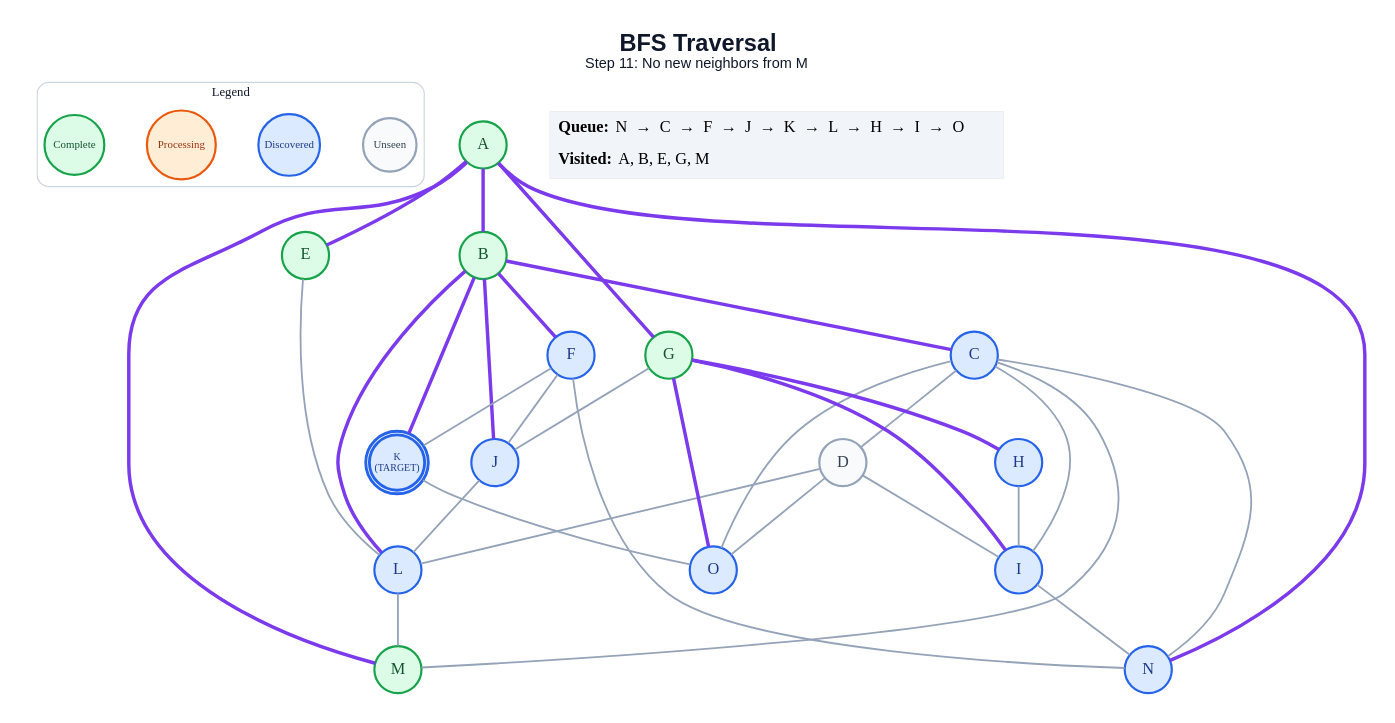
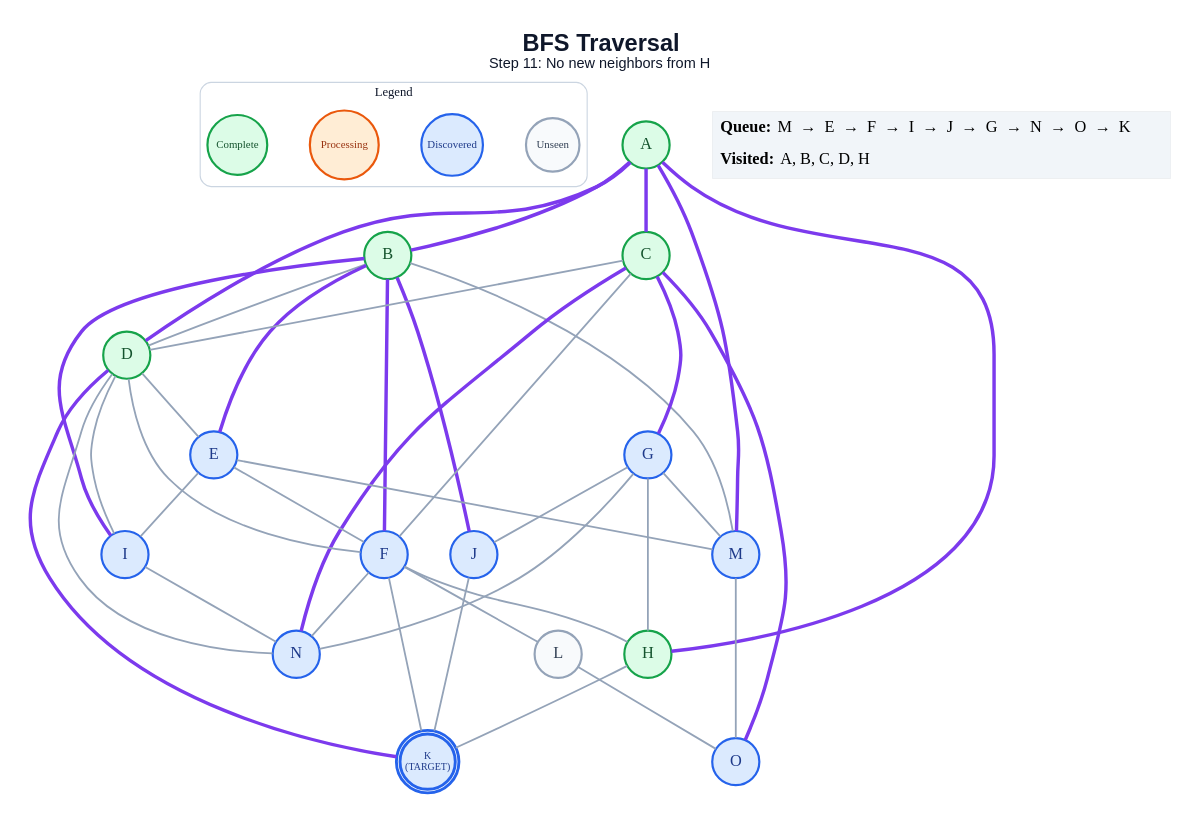
Before and after one commit to anon7238593-create/ai-slop: the diagram in generated/bfs/step_11.dot, drawn with Graphviz. The commit also changed 259 other files, not shown here.

```diff
--- a/generated/bfs/step_11.dot
+++ b/generated/bfs/step_11.dot
@@ -1,65 +1,71 @@
 graph traversal {
   graph [layout=dot, rankdir=TB, bgcolor="#FFFFFF", pad="0.35", nodesep="0.65", ranksep="0.8", fontname="Arial"];
   node [shape=circle, style="filled", fontname="Arial Bold", fontsize=18, width=0.72, fixedsize=true, penwidth=2.4];
   edge [color="#94A3B8", penwidth=2.0];
-  label=<<B>BFS Traversal</B><BR/><FONT POINT-SIZE="16">Step 11: No new neighbors from M</FONT>>; labelloc="t"; fontsize=26; fontname="Arial"; fontcolor="#0F172A";
+  label=<<B>BFS Traversal</B><BR/><FONT POINT-SIZE="16">Step 11: No new neighbors from H</FONT>>; labelloc="t"; fontsize=26; fontname="Arial"; fontcolor="#0F172A";
   subgraph cluster_legend { label="Legend"; color="#CBD5E1"; penwidth=1.2; style="rounded"; fontsize=14; fontname="Arial Bold";
     key_unseen [label="Unseen", fillcolor="#F8FAFC", color="#94A3B8", fontcolor="#334155", fontsize=12, width=0.82];
     key_frontier [label="Discovered", fillcolor="#DBEAFE", color="#2563EB", fontcolor="#1E3A8A", fontsize=12, width=0.95];
     key_current [label="Processing", fillcolor="#FFEDD5", color="#EA580C", fontcolor="#9A3412", fontsize=12, width=1.05];
     key_done [label="Complete", fillcolor="#DCFCE7", color="#16A34A", fontcolor="#14532D", fontsize=12, width=0.92];
     { rank=same; key_unseen; key_frontier; key_current; key_done; }
   }
   A [label="A", fillcolor="#DCFCE7", color="#16A34A", fontcolor="#14532D", peripheries=1, penwidth=2.4];
   B [label="B", fillcolor="#DCFCE7", color="#16A34A", fontcolor="#14532D", peripheries=1, penwidth=2.4];
-  C [label="C", fillcolor="#DBEAFE", color="#2563EB", fontcolor="#1E3A8A", peripheries=1, penwidth=2.4];
-  D [label="D", fillcolor="#F8FAFC", color="#94A3B8", fontcolor="#334155", peripheries=1, penwidth=2.4];
-  E [label="E", fillcolor="#DCFCE7", color="#16A34A", fontcolor="#14532D", peripheries=1, penwidth=2.4];
+  C [label="C", fillcolor="#DCFCE7", color="#16A34A", fontcolor="#14532D", peripheries=1, penwidth=2.4];
+  D [label="D", fillcolor="#DCFCE7", color="#16A34A", fontcolor="#14532D", peripheries=1, penwidth=2.4];
+  E [label="E", fillcolor="#DBEAFE", color="#2563EB", fontcolor="#1E3A8A", peripheries=1, penwidth=2.4];
   F [label="F", fillcolor="#DBEAFE", color="#2563EB", fontcolor="#1E3A8A", peripheries=1, penwidth=2.4];
-  G [label="G", fillcolor="#DCFCE7", color="#16A34A", fontcolor="#14532D", peripheries=1, penwidth=2.4];
-  H [label="H", fillcolor="#DBEAFE", color="#2563EB", fontcolor="#1E3A8A", peripheries=1, penwidth=2.4];
+  G [label="G", fillcolor="#DBEAFE", color="#2563EB", fontcolor="#1E3A8A", peripheries=1, penwidth=2.4];
+  H [label="H", fillcolor="#DCFCE7", color="#16A34A", fontcolor="#14532D", peripheries=1, penwidth=2.4];
   I [label="I", fillcolor="#DBEAFE", color="#2563EB", fontcolor="#1E3A8A", peripheries=1, penwidth=2.4];
   J [label="J", fillcolor="#DBEAFE", color="#2563EB", fontcolor="#1E3A8A", peripheries=1, penwidth=2.4];
   K [label="K\n(TARGET)", fillcolor="#DBEAFE", color="#2563EB", fontcolor="#1E3A8A", peripheries=2, penwidth=3.2, fontsize=11, width=0.85, height=0.85];
-  L [label="L", fillcolor="#DBEAFE", color="#2563EB", fontcolor="#1E3A8A", peripheries=1, penwidth=2.4];
-  M [label="M", fillcolor="#DCFCE7", color="#16A34A", fontcolor="#14532D", peripheries=1, penwidth=2.4];
+  L [label="L", fillcolor="#F8FAFC", color="#94A3B8", fontcolor="#334155", peripheries=1, penwidth=2.4];
+  M [label="M", fillcolor="#DBEAFE", color="#2563EB", fontcolor="#1E3A8A", peripheries=1, penwidth=2.4];
   N [label="N", fillcolor="#DBEAFE", color="#2563EB", fontcolor="#1E3A8A", peripheries=1, penwidth=2.4];
   O [label="O", fillcolor="#DBEAFE", color="#2563EB", fontcolor="#1E3A8A", peripheries=1, penwidth=2.4];
   A -- B [color="#7C3AED", penwidth=3.8];
-  A -- E [color="#7C3AED", penwidth=3.8];
-  A -- G [color="#7C3AED", penwidth=3.8];
+  A -- C [color="#7C3AED", penwidth=3.8];
+  A -- D [color="#7C3AED", penwidth=3.8];
+  A -- H [color="#7C3AED", penwidth=3.8];
   A -- M [color="#7C3AED", penwidth=3.8];
-  A -- N [color="#7C3AED", penwidth=3.8];
-  B -- C [color="#7C3AED", penwidth=3.8];
+  B -- D;
+  B -- E [color="#7C3AED", penwidth=3.8];
   B -- F [color="#7C3AED", penwidth=3.8];
+  B -- I [color="#7C3AED", penwidth=3.8];
   B -- J [color="#7C3AED", penwidth=3.8];
-  B -- K [color="#7C3AED", penwidth=3.8];
-  B -- L [color="#7C3AED", penwidth=3.8];
+  B -- M;
   C -- D;
-  C -- I;
-  C -- M;
-  C -- N;
-  C -- O;
+  C -- F;
+  C -- G [color="#7C3AED", penwidth=3.8];
+  C -- N [color="#7C3AED", penwidth=3.8];
+  C -- O [color="#7C3AED", penwidth=3.8];
+  D -- E;
+  D -- F;
   D -- I;
-  D -- L;
-  D -- O;
-  E -- L;
-  F -- J;
+  D -- K [color="#7C3AED", penwidth=3.8];
+  D -- N;
+  E -- F;
+  E -- I;
+  E -- M;
+  F -- H;
   F -- K;
+  F -- L;
   F -- N;
-  G -- H [color="#7C3AED", penwidth=3.8];
-  G -- I [color="#7C3AED", penwidth=3.8];
+  G -- H;
   G -- J;
-  G -- O [color="#7C3AED", penwidth=3.8];
-  H -- I;
+  G -- M;
+  G -- N;
+  H -- K;
   I -- N;
-  J -- L;
-  K -- O;
-  L -- M;
+  J -- K;
+  L -- O;
+  M -- O;
   status [shape=plain, fixedsize=false, width=0, height=0, margin=0, label=<
     <TABLE BORDER="0" CELLBORDER="0" CELLPADDING="7" BGCOLOR="#F1F5F9">
-      <TR><TD ALIGN="LEFT"><B>Queue:</B> N  →  C  →  F  →  J  →  K  →  L  →  H  →  I  →  O</TD></TR>
-      <TR><TD ALIGN="LEFT"><B>Visited:</B> A, B, E, G, M</TD></TR>
+      <TR><TD ALIGN="LEFT"><B>Queue:</B> M  →  E  →  F  →  I  →  J  →  G  →  N  →  O  →  K</TD></TR>
+      <TR><TD ALIGN="LEFT"><B>Visited:</B> A, B, C, D, H</TD></TR>
     </TABLE>
   >];
 }
```
